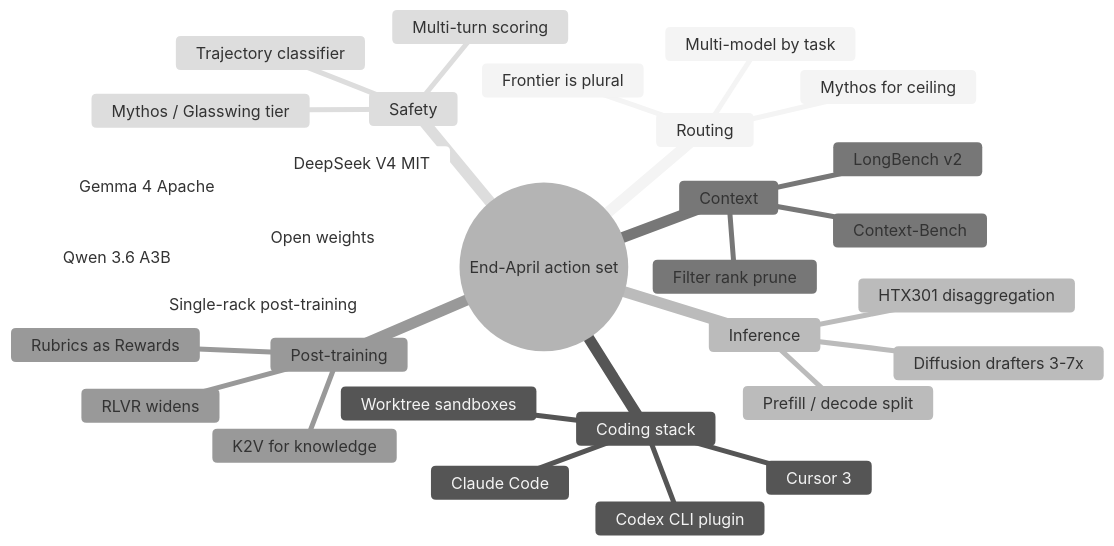
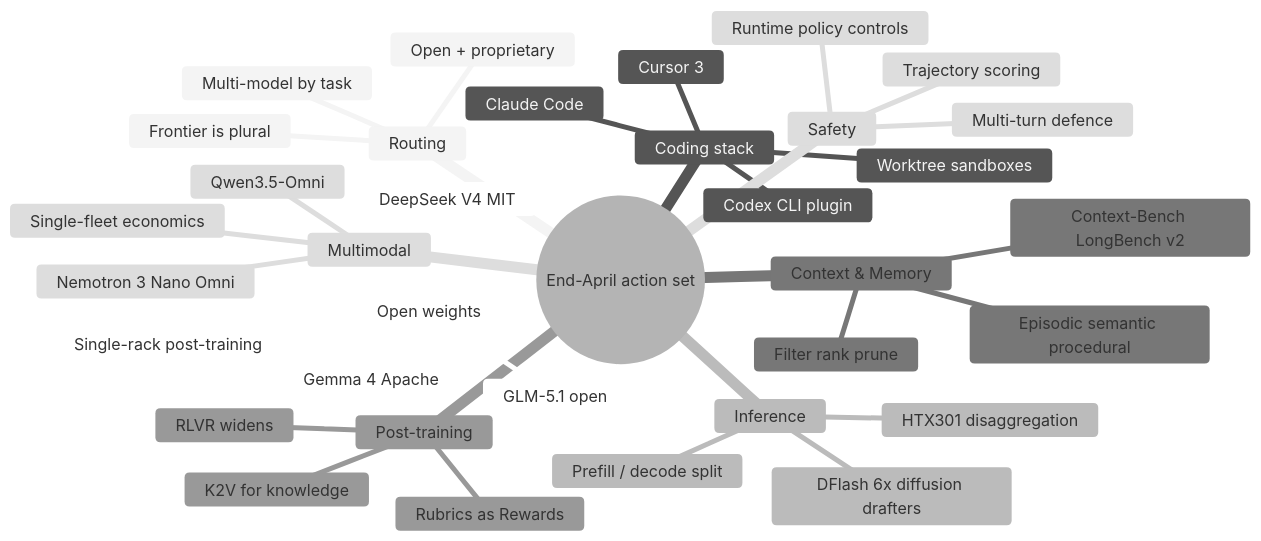
The sixth of 6 diagrams in 2026-Apr-30/2026-Apr-30_LLM_updates.md (voyarchie/llm-updates), drawn with Mermaid (neutral theme) before and after one commit. The commit also changed other lines of this file and 2 other files, not shown here.

````diff
--- a/2026-Apr-30/2026-Apr-30_LLM_updates.md
+++ b/2026-Apr-30/2026-Apr-30_LLM_updates.md
@@ -483,34 +569,38 @@
 ```mermaid
 mindmap
   root((End-April action set))
     Routing
       Multi-model by task
       Frontier is plural
-      Mythos for ceiling
+      Open + proprietary
     Coding stack
       Cursor 3
       Claude Code
       Codex CLI plugin
       Worktree sandboxes
     Inference
       Prefill / decode split
       HTX301 disaggregation
-      Diffusion drafters 3-7x
-    Context
+      DFlash 6x diffusion drafters
+    Context & Memory
       Filter rank prune
-      Context-Bench
-      LongBench v2
+      Episodic semantic procedural
+      Context-Bench LongBench v2
     Post-training
       RLVR widens
       Rubrics as Rewards
       K2V for knowledge
     Safety
-      Multi-turn scoring
-      Trajectory classifier
-      Mythos / Glasswing tier
+      Trajectory scoring
+      Runtime policy controls
+      Multi-turn defence
     Open weights
       DeepSeek V4 MIT
       Gemma 4 Apache
-      Qwen 3.6 A3B
+      GLM-5.1 open
       Single-rack post-training
+    Multimodal
+      Qwen3.5-Omni
+      Nemotron 3 Nano Omni
+      Single-fleet economics
 ```
````
